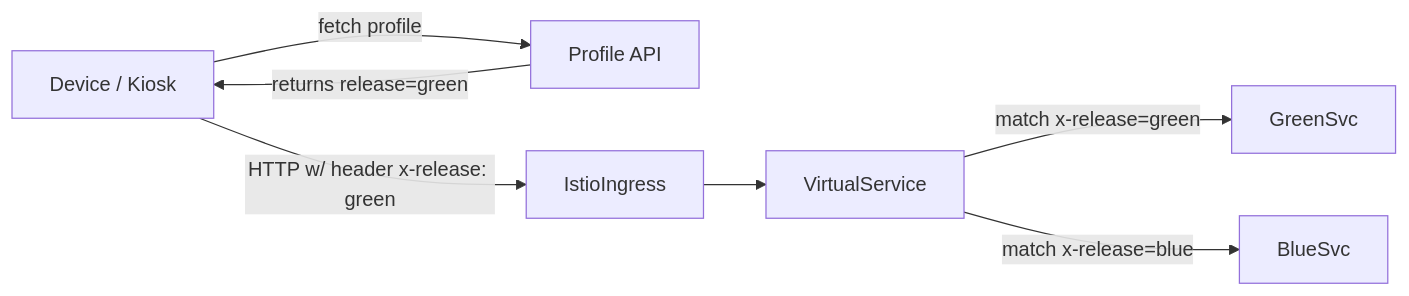
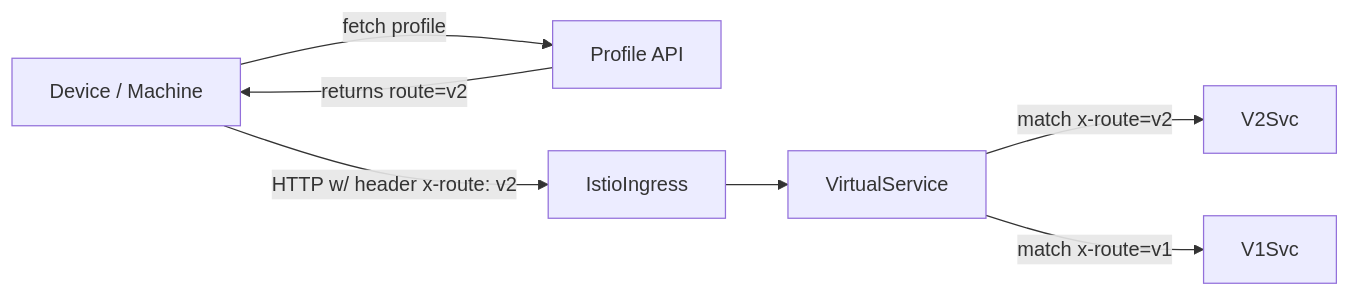
The second of 2 diagrams in presentation.md (bretonne/location-rollout-demo), drawn with Mermaid before and after one commit. The commit also changed other lines of this file, not shown here.

Commit message:
added presentation md

````diff
--- a/presentation.md
+++ b/presentation.md
@@ -51,9 +51,9 @@
 ```mermaid
 flowchart LR
-  Device[Device / Kiosk] -->|fetch profile| ProfileAPI[Profile API]
-  ProfileAPI -->|returns release=green| Device
-  Device -->|HTTP w/ header x-release: green| IstioIngress
+  Device[Device / Machine] -->|fetch profile| ProfileAPI[Profile API]
+  ProfileAPI -->|returns route=v2| Device
+  Device -->|HTTP w/ header x-route: v2| IstioIngress
   IstioIngress --> VirtualService
-  VirtualService -->|match x-release=green| GreenSvc
-  VirtualService -->|match x-release=blue| BlueSvc
+  VirtualService -->|match x-route=v2| V2Svc
+  VirtualService -->|match x-route=v1| V1Svc
 ```
````
